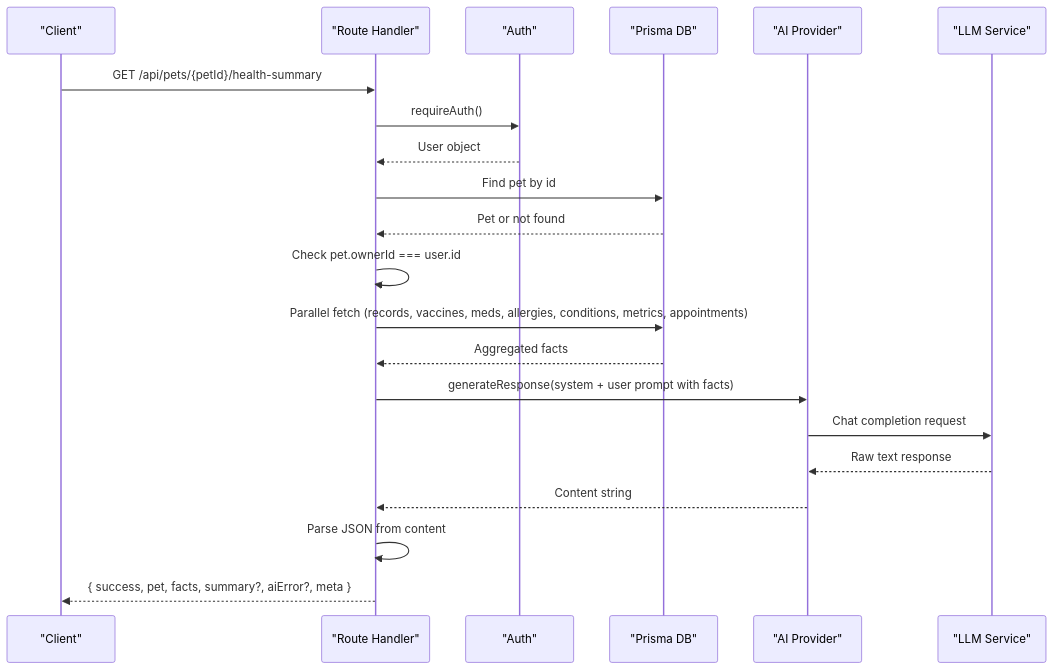
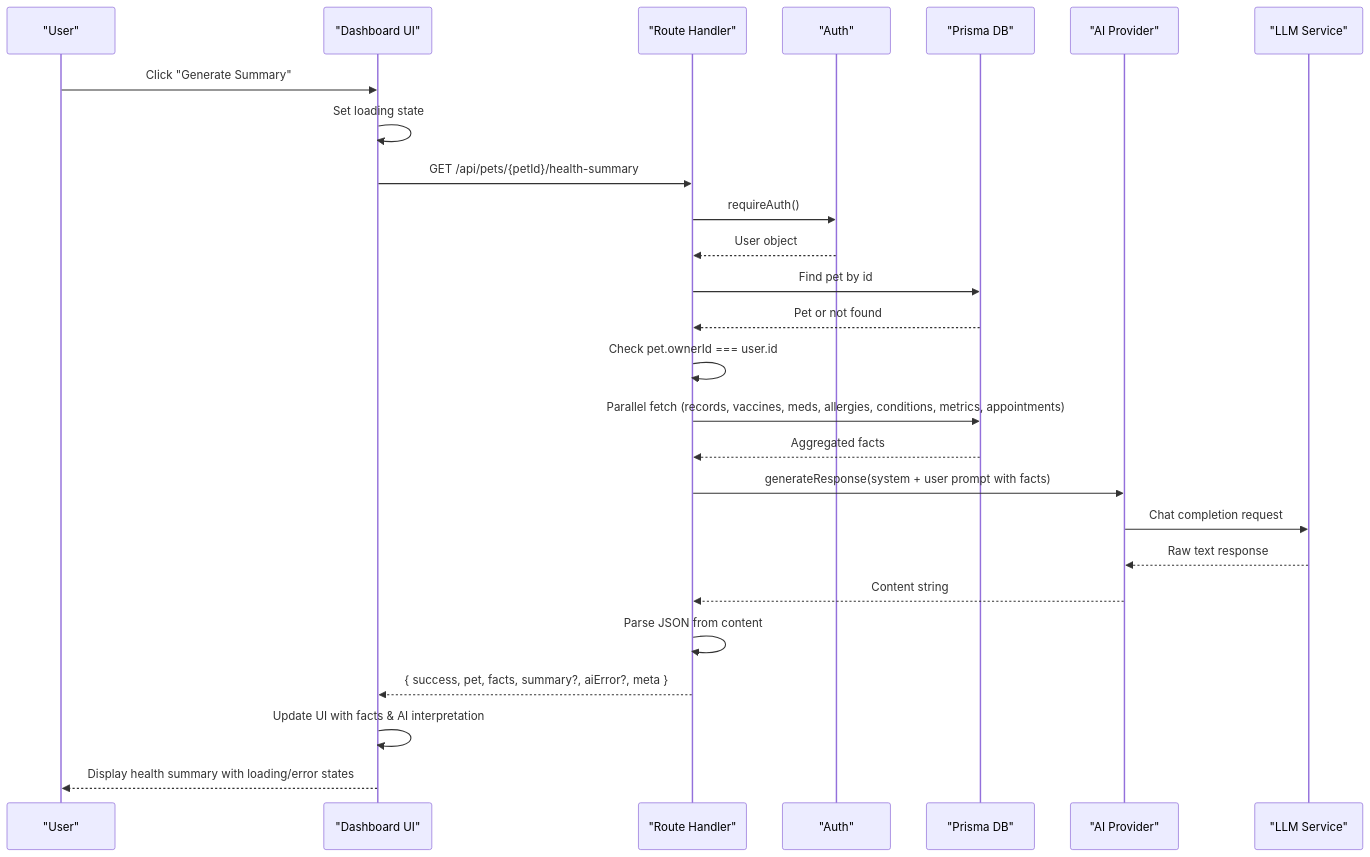
The second of 3 diagrams in .qoder/repowiki/en/content/API Reference/Pet Management API/Pet Health Summary API.md (Javeria-Javaid/ai-powered-pet-healthcare-ecosystem), drawn with Mermaid before and after one commit. The commit also changed other lines of this file and 53 other files, not shown here.

Commit message:
Update API documentation, repo structure, and dashboard features

````diff
--- a/.qoder/repowiki/en/content/API Reference/Pet Management API/Pet Health Summary API.md
+++ b/.qoder/repowiki/en/content/API Reference/Pet Management API/Pet Health Summary API.md
@@ -82,23 +105,28 @@
 ```mermaid
 sequenceDiagram
-participant C as "Client"
+participant U as "User"
+participant D as "Dashboard UI"
 participant R as "Route Handler"
 participant A as "Auth"
-participant D as "Prisma DB"
-participant P as "AI Provider"
+participant P as "Prisma DB"
+participant AI as "AI Provider"
 participant L as "LLM Service"
-C->>R : GET /api/pets/{petId}/health-summary
+U->>D : Click "Generate Summary"
+D->>D : Set loading state
+D->>R : GET /api/pets/{petId}/health-summary
 R->>A : requireAuth()
 A-->>R : User object
-R->>D : Find pet by id
-D-->>R : Pet or not found
+R->>P : Find pet by id
+P-->>R : Pet or not found
 R->>R : Check pet.ownerId === user.id
-R->>D : Parallel fetch (records, vaccines, meds, allergies, conditions, metrics, appointments)
-D-->>R : Aggregated facts
-R->>P : generateResponse(system + user prompt with facts)
-P->>L : Chat completion request
-L-->>P : Raw text response
-P-->>R : Content string
+R->>P : Parallel fetch (records, vaccines, meds, allergies, conditions, metrics, appointments)
+P-->>R : Aggregated facts
+R->>AI : generateResponse(system + user prompt with facts)
+AI->>L : Chat completion request
+L-->>AI : Raw text response
+AI-->>R : Content string
 R->>R : Parse JSON from content
-R-->>C : { success, pet, facts, summary?, aiError?, meta }
+R-->>D : { success, pet, facts, summary?, aiError?, meta }
+D->>D : Update UI with facts & AI interpretation
+D-->>U : Display health summary with loading/error states
 ```
````
